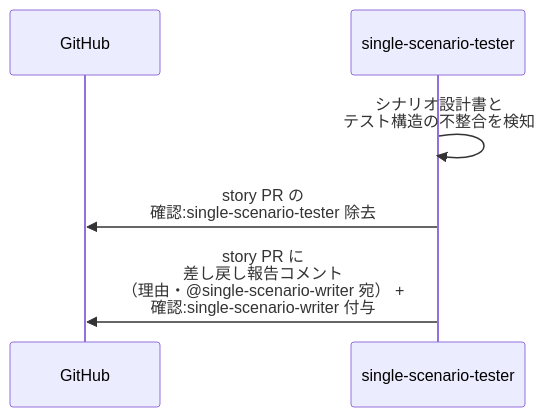
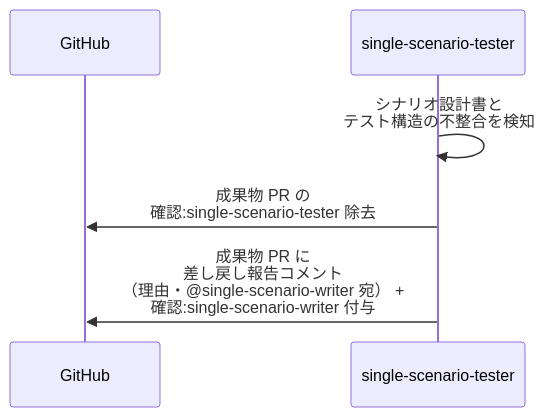
One commit to shuhei1101/ai-monitor changed the second of 2 diagrams in docs/wiki/設計図/シナリオ/単一ユースケース/統合テスト実装.md. Above: the diagram before and after it, drawn with Mermaid. The commit also changed other lines of this file and 103 other files, not shown here.

````diff
--- a/docs/wiki/設計図/シナリオ/単一ユースケース/統合テスト実装.md
+++ b/docs/wiki/設計図/シナリオ/単一ユースケース/統合テスト実装.md
@@ -85,9 +85,9 @@
 ```mermaid
 sequenceDiagram
   participant GH as GitHub
   participant MON as single-scenario-tester
 
   MON->>MON: シナリオ設計書と<br>テスト構造の不整合を検知
-  MON->>GH: story PR の<br>確認:single-scenario-tester 除去
-  MON->>GH: story PR に<br>差し戻し報告コメント<br>（理由・@single-scenario-writer 宛） +<br>確認:single-scenario-writer 付与
+  MON->>GH: 成果物 PR の<br>確認:single-scenario-tester 除去
+  MON->>GH: 成果物 PR に<br>差し戻し報告コメント<br>（理由・@single-scenario-writer 宛） +<br>確認:single-scenario-writer 付与
 ```
````
